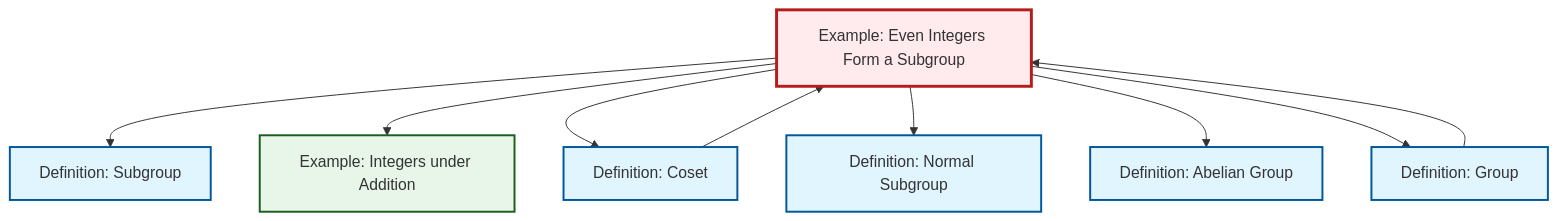
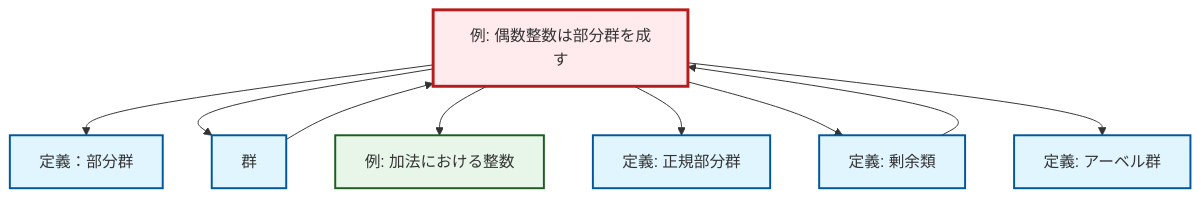
One commit to RK0429/ModernMath changed the diagram in content/ja/algebra/ex-even-integers-subgroup.qmd. Above: the diagram before and after it, drawn with Mermaid. The commit also changed 1069 other files, not shown here.

````diff
--- a/content/ja/algebra/ex-even-integers-subgroup.qmd
+++ b/content/ja/algebra/ex-even-integers-subgroup.qmd
@@ -52,31 +52,31 @@
 ```{mermaid}
 %%| fig-cap: "Local dependency graph"
 graph TD
     classDef definition fill:#e1f5fe,stroke:#01579b,stroke-width:2px
     classDef theorem fill:#f3e5f5,stroke:#4a148c,stroke-width:2px
     classDef axiom fill:#fff3e0,stroke:#e65100,stroke-width:2px
     classDef example fill:#e8f5e9,stroke:#1b5e20,stroke-width:2px
     classDef current fill:#ffebee,stroke:#b71c1c,stroke-width:3px
-    ex-even-integers-subgroup["Example: Even Integers Form a Subgroup"]:::example
-    def-coset["Definition: Coset"]:::definition
-    ex-integers-addition["Example: Integers under Addition"]:::example
-    def-group["Definition: Group"]:::definition
-    def-subgroup["Definition: Subgroup"]:::definition
-    def-normal-subgroup["Definition: Normal Subgroup"]:::definition
-    def-abelian-group["Definition: Abelian Group"]:::definition
+    def-normal-subgroup["定義: 正規部分群"]:::definition
+    ex-even-integers-subgroup["例: 偶数整数は部分群を成す"]:::example
+    def-subgroup["定義：部分群"]:::definition
+    ex-integers-addition["例: 加法における整数"]:::example
+    def-abelian-group["定義: アーベル群"]:::definition
+    def-coset["定義: 剰余類"]:::definition
+    def-group["群"]:::definition
     def-group --> ex-even-integers-subgroup
+    ex-even-integers-subgroup --> def-subgroup
+    ex-even-integers-subgroup --> def-group
+    ex-even-integers-subgroup --> ex-integers-addition
+    ex-even-integers-subgroup --> def-normal-subgroup
+    ex-even-integers-subgroup --> def-coset
+    ex-even-integers-subgroup --> def-abelian-group
     def-coset --> ex-even-integers-subgroup
-    ex-even-integers-subgroup --> def-subgroup
-    ex-even-integers-subgroup --> ex-integers-addition
-    ex-even-integers-subgroup --> def-coset
-    ex-even-integers-subgroup --> def-normal-subgroup
-    ex-even-integers-subgroup --> def-abelian-group
-    ex-even-integers-subgroup --> def-group
     class ex-even-integers-subgroup current
-    click def-coset "def-coset.html" "Definition: Cosetへ"
-    click ex-integers-addition "ex-integers-addition.html" "Example: Integers under Additionへ"
-    click def-group "def-group.html" "Definition: Groupへ"
-    click def-subgroup "def-subgroup.html" "Definition: Subgroupへ"
-    click def-normal-subgroup "def-normal-subgroup.html" "Definition: Normal Subgroupへ"
-    click def-abelian-group "def-abelian-group.html" "Definition: Abelian Groupへ"
+    click def-normal-subgroup "def-normal-subgroup.html" "正規部分群の定義へ"
+    click def-subgroup "def-subgroup.html" "定義：部分群へ"
+    click ex-integers-addition "ex-integers-addition.html" "加法における整数の例へ"
+    click def-abelian-group "def-abelian-group.html" "アーベル群の定義へ"
+    click def-coset "def-coset.html" "剰余類の定義へ"
+    click def-group "def-group.html" "群へ"
 ```
````
